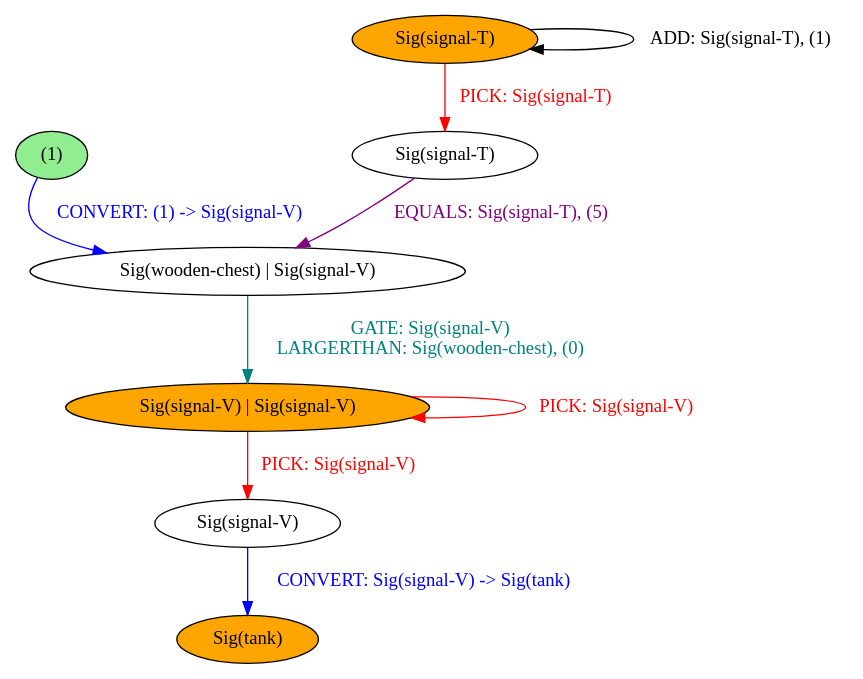
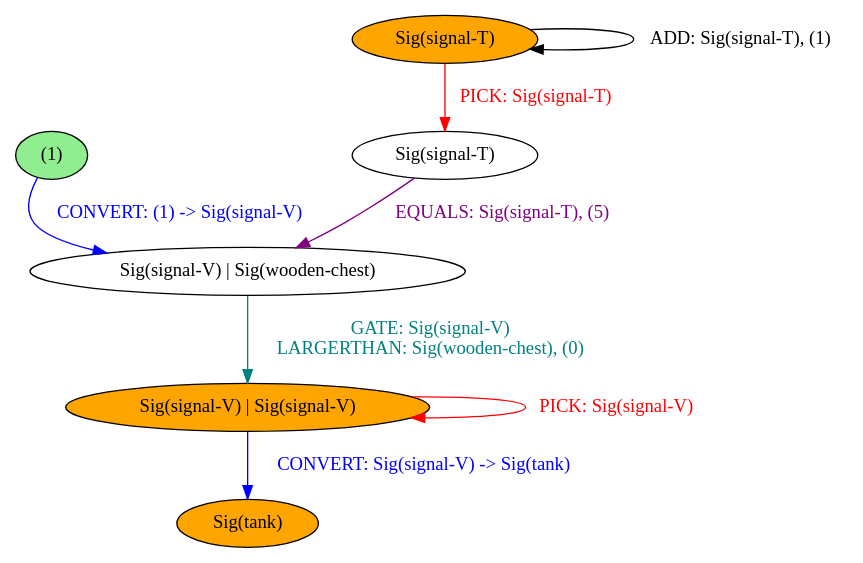
Before and after one commit to BalderHolst/chef: the diagram in chef/example_outputs/counter.dot, drawn with Graphviz. The commit also changed 10 other files, not shown here.

Commit message:
Update and check new compiled dot graphs

```diff
--- a/chef/example_outputs/counter.dot
+++ b/chef/example_outputs/counter.dot
@@ -1,19 +1,17 @@
 strict digraph {
 	nodesep=1
-	4	[style=filled fillcolor=white label="Sig(signal-T)"]
-	7	[style=filled fillcolor=white label="Sig(wooden-chest) | Sig(signal-V)"]
-	6	[style=filled fillcolor=lightgreen label="(1)"]
+	5	[style=filled fillcolor=lightgreen label="(1)"]
+	7	[style=filled fillcolor=orange label="Sig(tank)"]
+	6	[style=filled fillcolor=white label="Sig(signal-V) | Sig(wooden-chest)"]
 	1	[style=filled fillcolor=orange label="Sig(signal-V) | Sig(signal-V)"]
 	0	[style=filled fillcolor=orange label="Sig(signal-T)"]
-	9	[style=filled fillcolor=orange label="Sig(tank)"]
-	8	[style=filled fillcolor=white label="Sig(signal-V)"]
-	4 -> 7	[label="EQUALS: Sig(signal-T), (5)" color=purple fontcolor=purple]
-	7 -> 1	[label="GATE: Sig(signal-V)
+	3	[style=filled fillcolor=white label="Sig(signal-T)"]
+	5 -> 6	[label="CONVERT: (1) -> Sig(signal-V)" color=blue fontcolor=blue]
+	6 -> 1	[label="GATE: Sig(signal-V)
 LARGERTHAN: Sig(wooden-chest), (0)" color=teal fontcolor=teal]
-	6 -> 7	[label="CONVERT: (1) -> Sig(signal-V)" color=blue fontcolor=blue]
 	1 -> 1	[label="PICK: Sig(signal-V)" color=red fontcolor=red]
-	1 -> 8	[label="PICK: Sig(signal-V)" color=red fontcolor=red]
+	1 -> 7	[label="CONVERT: Sig(signal-V) -> Sig(tank)" color=blue fontcolor=blue]
 	0 -> 0	[label="ADD: Sig(signal-T), (1)" color=black fontcolor=black]
-	0 -> 4	[label="PICK: Sig(signal-T)" color=red fontcolor=red]
-	8 -> 9	[label="CONVERT: Sig(signal-V) -> Sig(tank)" color=blue fontcolor=blue]
+	0 -> 3	[label="PICK: Sig(signal-T)" color=red fontcolor=red]
+	3 -> 6	[label="EQUALS: Sig(signal-T), (5)" color=purple fontcolor=purple]
 }
```
